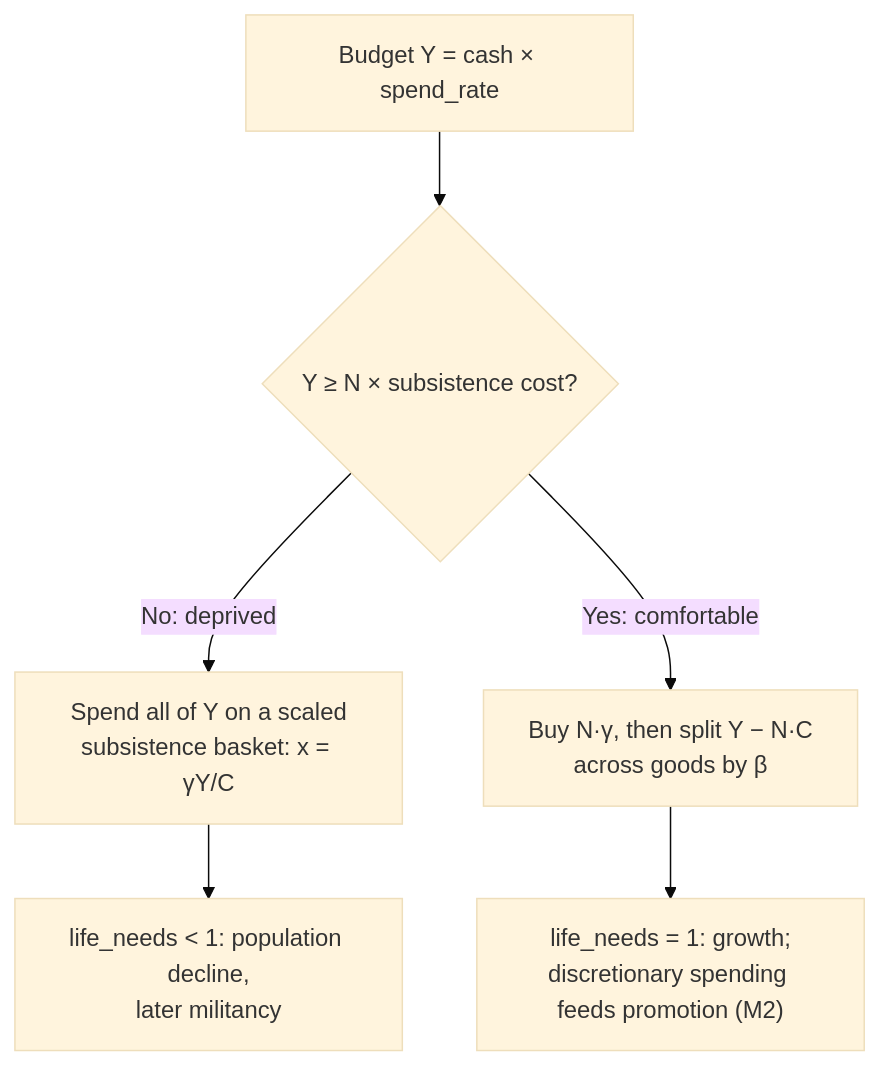
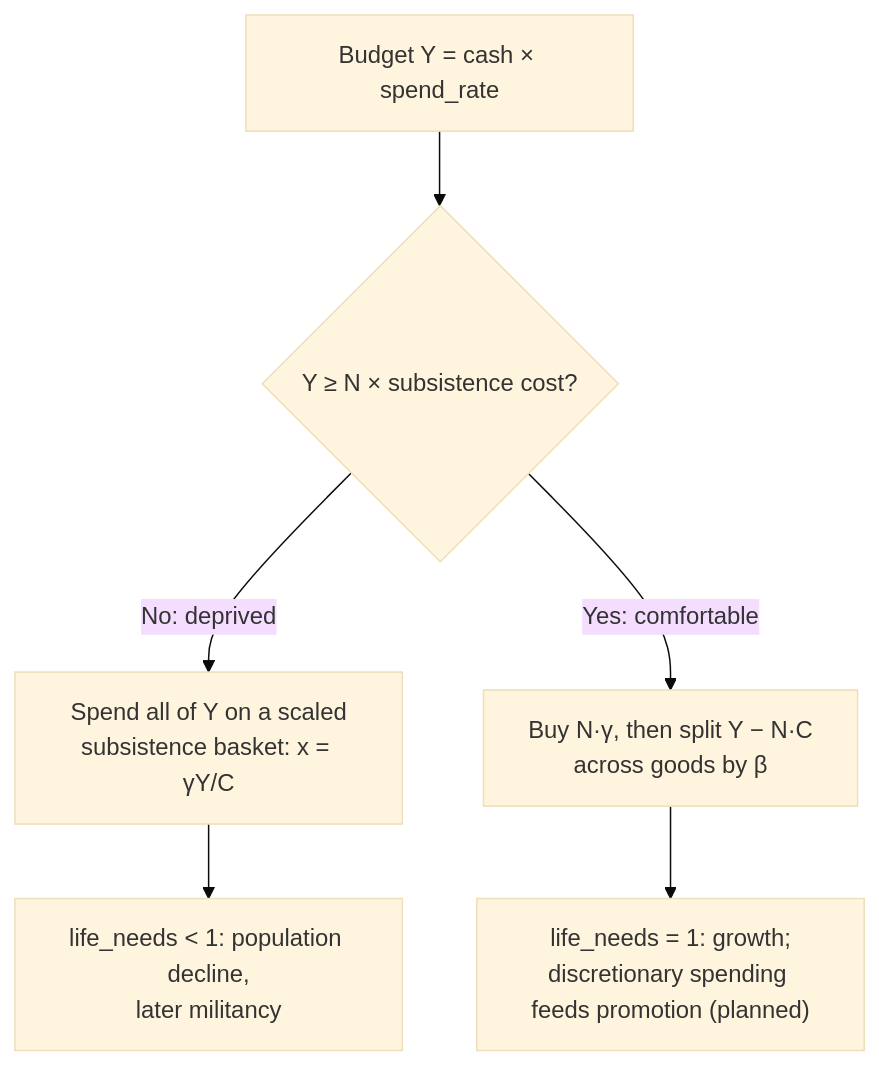
Before and after one commit to thomasclarkpersonal-sketch/Iron-and-Blood: the second of 2 diagrams in docs/POP_SYSTEM.md, drawn with Mermaid (base theme). The commit also changed other lines of this file and 18 other files, not shown here.

````diff
--- a/docs/POP_SYSTEM.md
+++ b/docs/POP_SYSTEM.md
@@ -65,8 +68,8 @@
 ```mermaid
 flowchart TD
     Start["Budget Y = cash × spend_rate"] --> Check{"Y ≥ N × subsistence cost?"}
     Check -->|No: deprived| Deprived["Spend all of Y on a scaled<br/>subsistence basket: x = γY/C"]
     Deprived --> Starve["life_needs < 1: population decline,<br/>later militancy"]
     Check -->|Yes: comfortable| Comfortable["Buy N·γ, then split Y − N·C<br/>across goods by β"]
-    Comfortable --> Thrive["life_needs = 1: growth;<br/>discretionary spending feeds promotion (M2)"]
+    Comfortable --> Thrive["life_needs = 1: growth;<br/>discretionary spending feeds promotion (planned)"]
 ```
````
